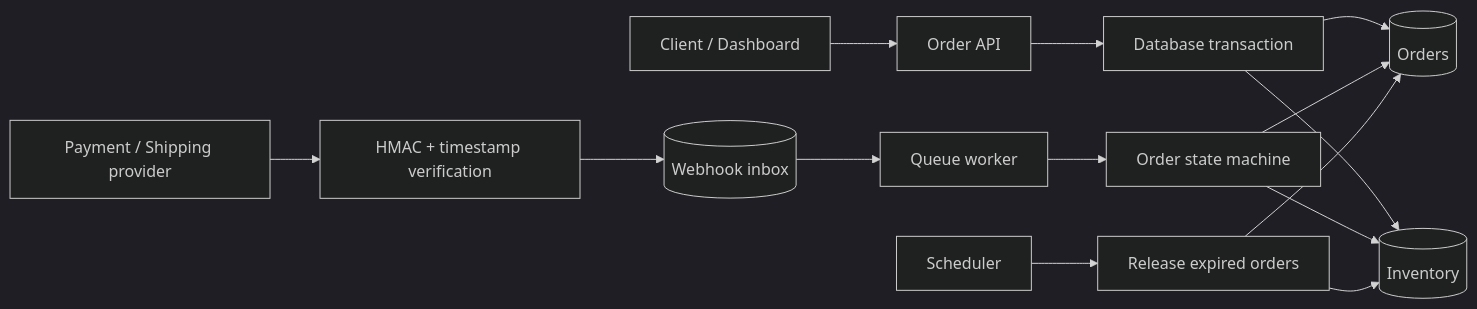
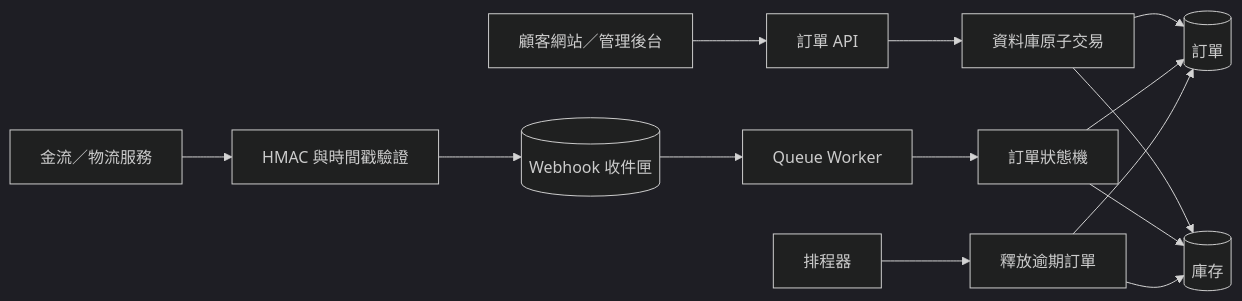
The first of 2 diagrams in README.md (akira0414/laravel-commerce-platform), drawn with Mermaid (dark theme) before and after one commit. The commit also changed other lines of this file and 33 other files, not shown here.

````diff
--- a/README.md
+++ b/README.md
@@ -32,18 +28,18 @@
 ```mermaid
 flowchart LR
-    Client["Client / Dashboard"] --> OrderAPI["Order API"]
-    OrderAPI --> Tx["Database transaction"]
-    Tx --> Orders[(Orders)]
-    Tx --> Inventory[(Inventory)]
+    Client["顧客網站／管理後台"] --> OrderAPI["訂單 API"]
+    OrderAPI --> Tx["資料庫原子交易"]
+    Tx --> Orders[(訂單)]
+    Tx --> Inventory[(庫存)]
 
-    Provider["Payment / Shipping provider"] --> Signature["HMAC + timestamp verification"]
-    Signature --> Inbox[(Webhook inbox)]
-    Inbox --> Worker["Queue worker"]
-    Worker --> StateMachine["Order state machine"]
+    Provider["金流／物流服務"] --> Signature["HMAC 與時間戳驗證"]
+    Signature --> Inbox[(Webhook 收件匣)]
+    Inbox --> Worker["Queue Worker"]
+    Worker --> StateMachine["訂單狀態機"]
     StateMachine --> Orders
     StateMachine --> Inventory
 
-    Scheduler["Scheduler"] --> Expiry["Release expired orders"]
+    Scheduler["排程器"] --> Expiry["釋放逾期訂單"]
     Expiry --> Orders
     Expiry --> Inventory
 ```
````
